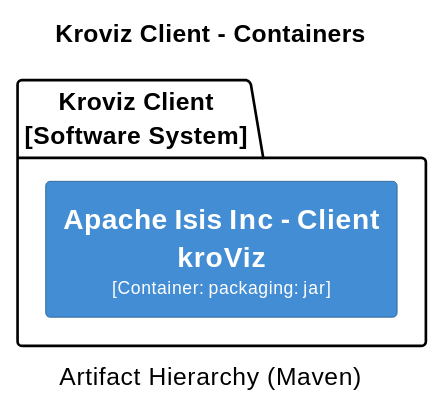
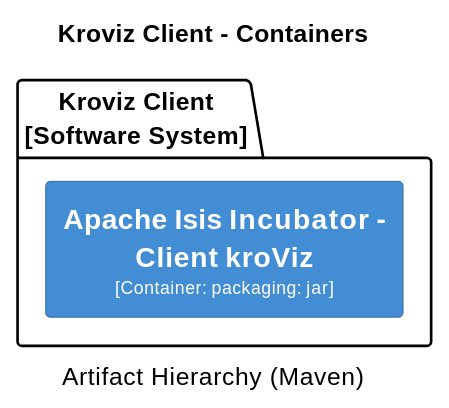
One commit to apache/causeway changed diagram 36 of 38 in core/adoc/modules/_overview/pages/about.adoc. Above: the diagram before and after it, drawn with PlantUML. The commit also changed other lines of this file and 6 other files, not shown here.

```diff
--- a/core/adoc/modules/_overview/pages/about.adoc
+++ b/core/adoc/modules/_overview/pages/about.adoc
@@ -6544,25 +6548,25 @@
 [plantuml,Kroviz Client,svg]
 ----
 @startuml(id=Kroviz_Client)
 title Kroviz Client - Containers
 caption Artifact Hierarchy (Maven)
 
 skinparam {
   shadowing false
   arrowFontSize 10
   defaultTextAlignment center
   wrapWidth 200
   maxMessageSize 100
 }
 hide stereotype
 left to right direction
 skinparam rectangle<<2>> {
   BackgroundColor #438dd5
   FontColor #fffffe
   BorderColor #2E6295
 }
 package "Kroviz Client\n[Software System]" {
-  rectangle "==Apache Isis Inc - Client kroViz\n<size:10>[Container: packaging: jar]</size>" <<2>> as 2
+  rectangle "==Apache Isis Incubator - Client kroViz\n<size:10>[Container: packaging: jar]</size>" <<2>> as 2
 }
 @enduml
 ----
```
